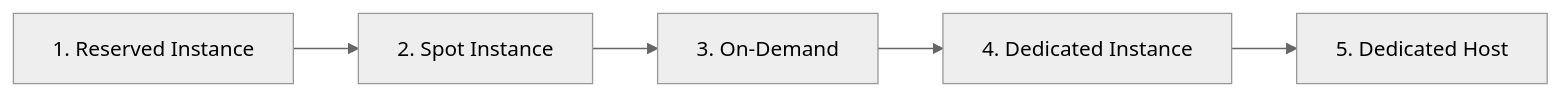
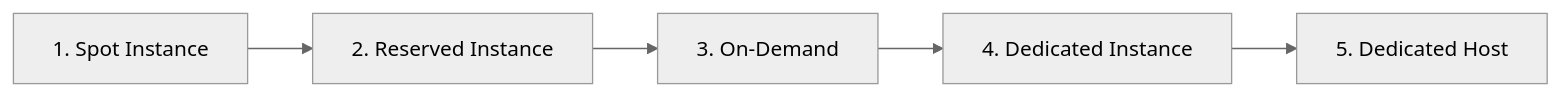
Before and after one commit to samsmon/portofolio: the first of 2 diagrams in src/posts/2026-09-09-persiapan-ujian-ccp-rangkuman-konsep.md, drawn with Mermaid (neutral theme). The commit also changed other lines of this file and 3 other files, not shown here.

````diff
--- a/src/posts/2026-09-09-persiapan-ujian-ccp-rangkuman-konsep.md
+++ b/src/posts/2026-09-09-persiapan-ujian-ccp-rangkuman-konsep.md
@@ -20,7 +20,7 @@
 ```mermaid
 flowchart LR
-    RI["1. Reserved Instance"] --> Spot["2. Spot Instance"]
-    Spot --> OD["3. On-Demand"]
+    Spot["1. Spot Instance"] --> RI["2. Reserved Instance"]
+    RI --> OD["3. On-Demand"]
     OD --> DI["4. Dedicated Instance"]
     DI --> DH["5. Dedicated Host"]
 ```
````
